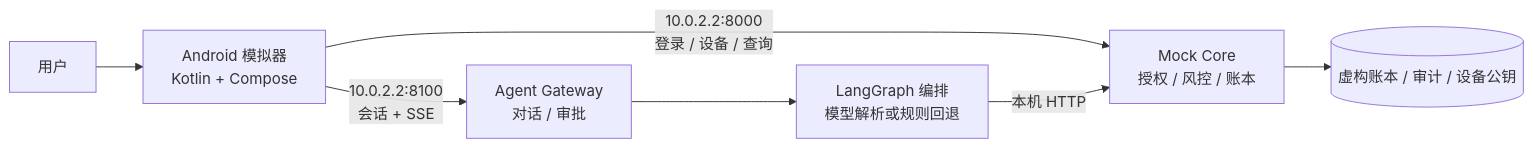
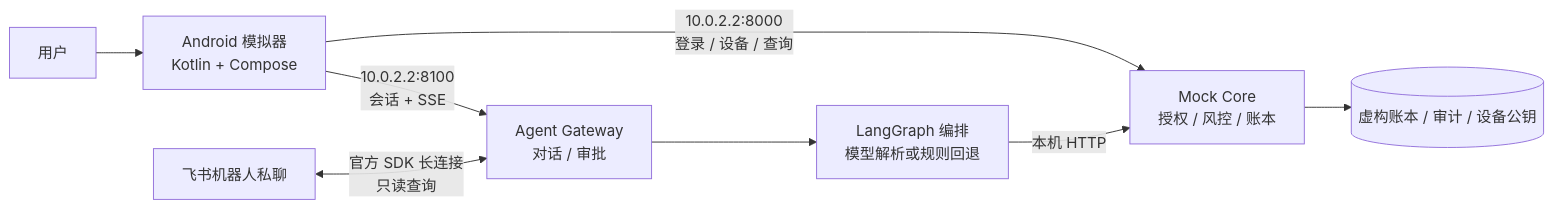
One commit to Zagadka-3906/ai-banking-agent changed the diagram in README.md. Above: the diagram before and after it, drawn with Mermaid. The commit also changed other lines of this file and 23 other files, not shown here.

````diff
--- a/README.md
+++ b/README.md
@@ -26,9 +26,10 @@
 ```mermaid
 flowchart LR
     U[用户] --> A[Android 模拟器<br/>Kotlin + Compose]
     A -->|10.0.2.2:8100<br/>会话 + SSE| G[Agent Gateway<br/>对话 / 审批]
     A -->|10.0.2.2:8000<br/>登录 / 设备 / 查询| C[Mock Core<br/>授权 / 风控 / 账本]
+    F[飞书机器人私聊] <-->|官方 SDK 长连接<br/>只读查询| G
     G --> P[LangGraph 编排<br/>模型解析或规则回退]
     P -->|本机 HTTP| C
     C --> L[(虚构账本 / 审计 / 设备公钥)]
 ```
````
